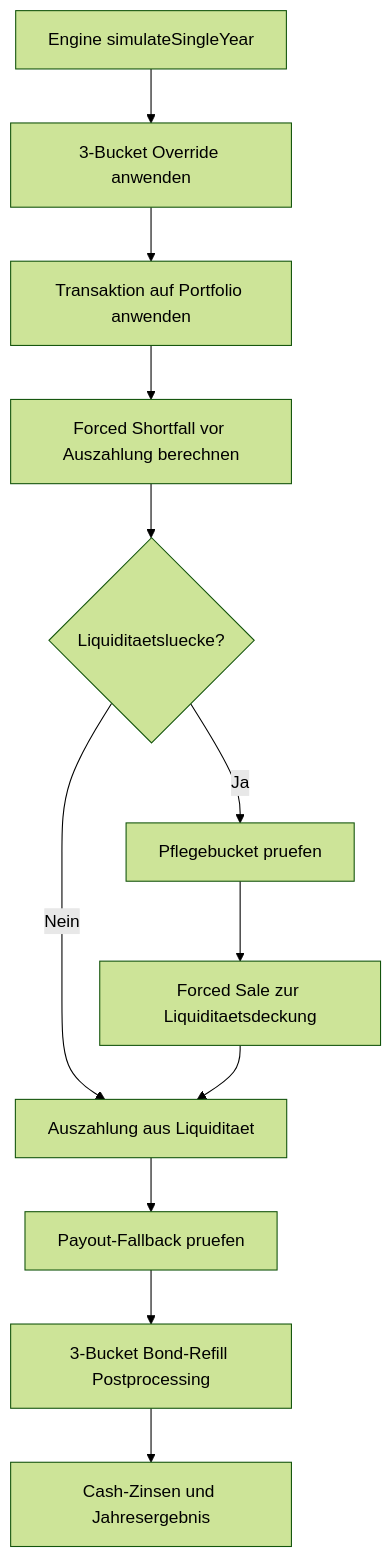
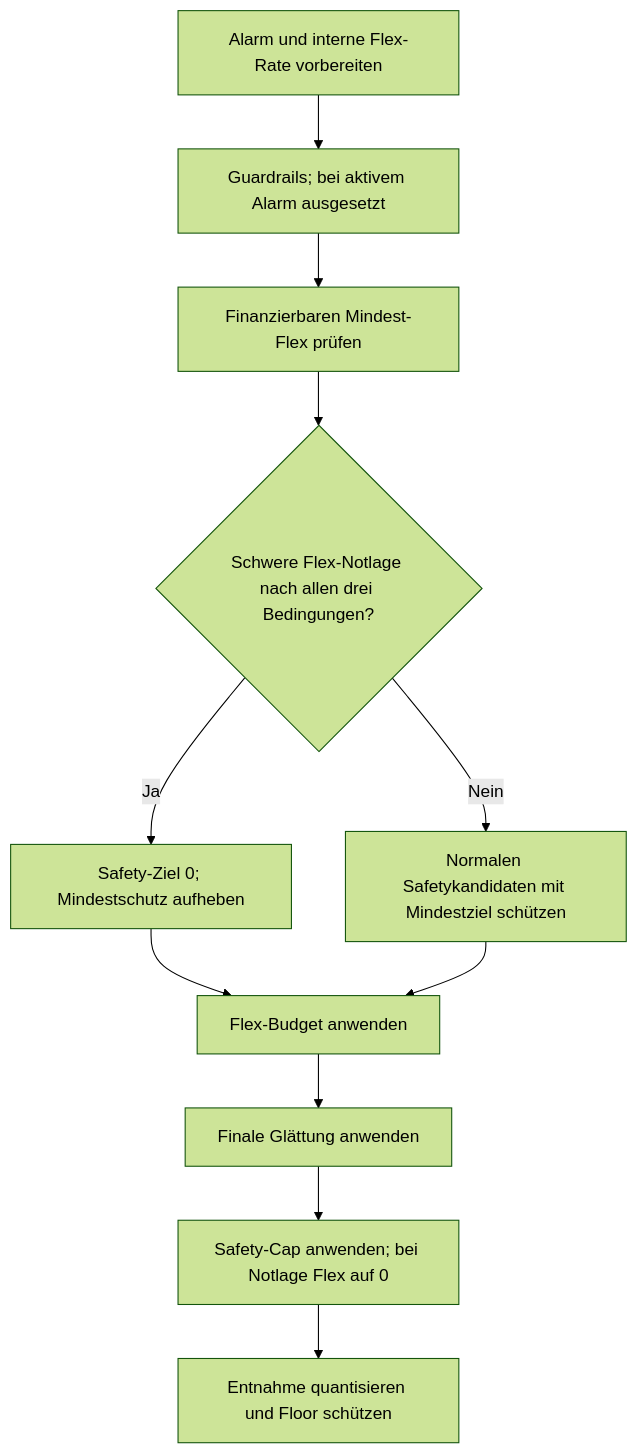
Before and after one commit to dieteresser62-lab/Vermoegen-und-Ruhestand: the second of 3 diagrams in docs/reference/ENGINE_DECISION_LOGIC.md, drawn with Mermaid (forest theme). The commit also changed other lines of this file and 334 other files, not shown here.

````diff
--- a/docs/reference/ENGINE_DECISION_LOGIC.md
+++ b/docs/reference/ENGINE_DECISION_LOGIC.md
@@ -221,14 +61,13 @@
 ```mermaid
 flowchart TD
-    A["Engine simulateSingleYear"] --> B["3-Bucket Override anwenden"]
-    B --> C["Transaktion auf Portfolio anwenden"]
-    C --> D["Forced Shortfall vor Auszahlung berechnen"]
-    D --> E{"Liquiditaetsluecke?"}
-    E -- "Ja" --> F["Pflegebucket pruefen"]
-    F --> G["Forced Sale zur Liquiditaetsdeckung"]
-    E -- "Nein" --> H["Auszahlung aus Liquiditaet"]
-    G --> H
-    H --> I["Payout-Fallback pruefen"]
-    I --> J["3-Bucket Bond-Refill Postprocessing"]
-    J --> K["Cash-Zinsen und Jahresergebnis"]
+    Alarm["Alarm und interne Flex-Rate vorbereiten"] --> Guardrails["Guardrails; bei aktivem Alarm ausgesetzt"]
+    Guardrails --> Minimum["Finanzierbaren Mindest-Flex prüfen"]
+    Minimum --> Gate{"Schwere Flex-Notlage nach allen drei Bedingungen?"}
+    Gate -->|"Ja"| Emergency["Safety-Ziel 0; Mindestschutz aufheben"]
+    Gate -->|"Nein"| Normal["Normalen Safetykandidaten mit Mindestziel schützen"]
+    Emergency --> Budget["Flex-Budget anwenden"]
+    Normal --> Budget
+    Budget --> Smoothing["Finale Glättung anwenden"]
+    Smoothing --> Safety["Safety-Cap anwenden; bei Notlage Flex auf 0"]
+    Safety --> Quantization["Entnahme quantisieren und Floor schützen"]
 ```
````
